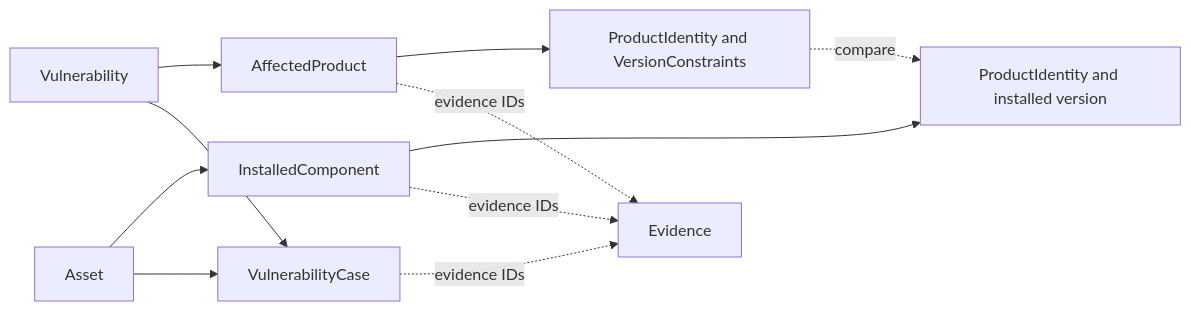
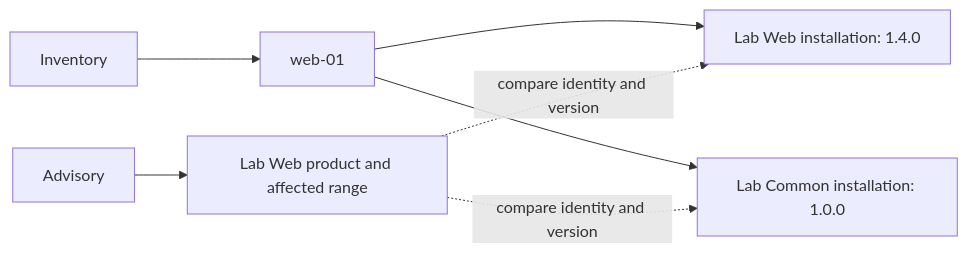
The second of 4 diagrams in docs/day01-architecture-walkthrough.md (samhmariam/vulnops-control-plane), drawn with Mermaid before and after one commit. The commit also changed other lines of this file, not shown here.

Commit message:
docs: establish reasoning before architecture mechanics

````diff
--- a/docs/day01-architecture-walkthrough.md
+++ b/docs/day01-architecture-walkthrough.md
@@ -240,13 +229,9 @@
 ```mermaid
 flowchart LR
-    V["Vulnerability"] --> AP["AffectedProduct"]
-    AP --> PI["ProductIdentity and VersionConstraints"]
-    A["Asset"] --> IC["InstalledComponent"]
-    IC --> II["ProductIdentity and installed version"]
-    PI -. "compare" .-> II
-    V --> C["VulnerabilityCase"]
-    A --> C
-    AP -. "evidence IDs" .-> E["Evidence"]
-    IC -. "evidence IDs" .-> E
-    C -. "evidence IDs" .-> E
+    AD["Advisory"] --> P["Lab Web product and affected range"]
+    IN["Inventory"] --> A["web-01"]
+    A --> W["Lab Web installation: 1.4.0"]
+    A --> C["Lab Common installation: 1.0.0"]
+    P -. "compare identity and version" .-> W
+    P -. "compare identity and version" .-> C
 ```
````
